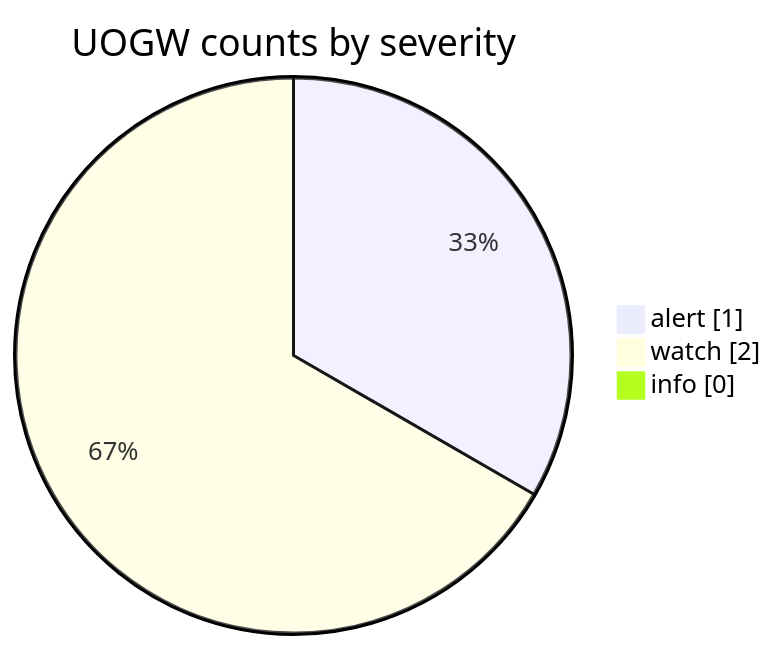
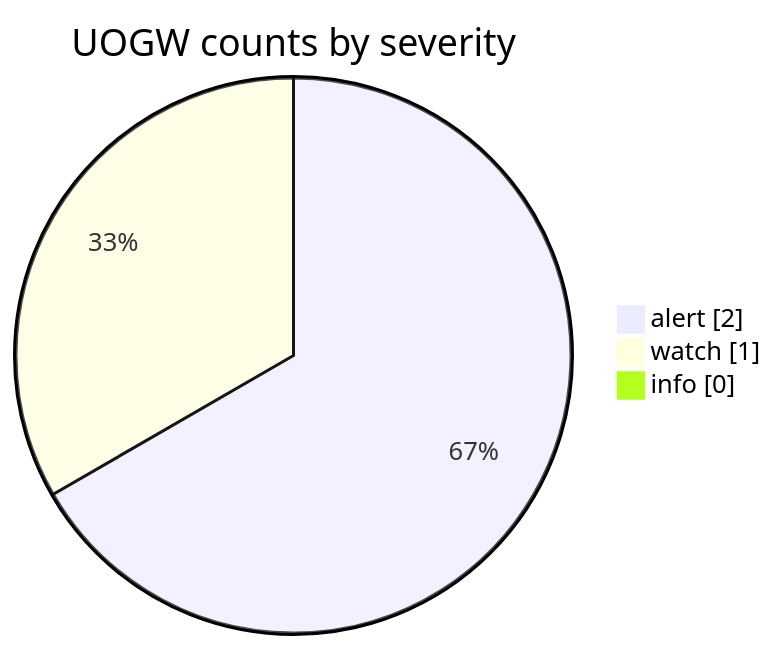
The fourth of 6 diagrams in docs/GRAPHS.md (Midwest-Stratospheric/aerostratospheric-defense-gir), drawn with Mermaid before and after one commit. The commit also changed other lines of this file and 23 other files, not shown here.

````diff
--- a/docs/GRAPHS.md
+++ b/docs/GRAPHS.md
@@ -66,7 +66,7 @@
 ```mermaid
 pie showData
   title UOGW counts by severity
-  "alert" : 1
-  "watch" : 2
+  "alert" : 2
+  "watch" : 1
   "info" : 0
 ```
````
